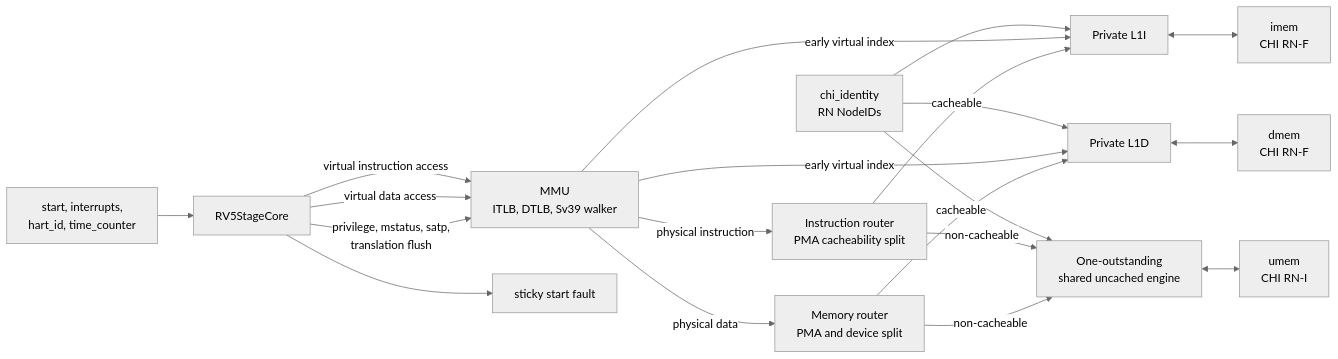
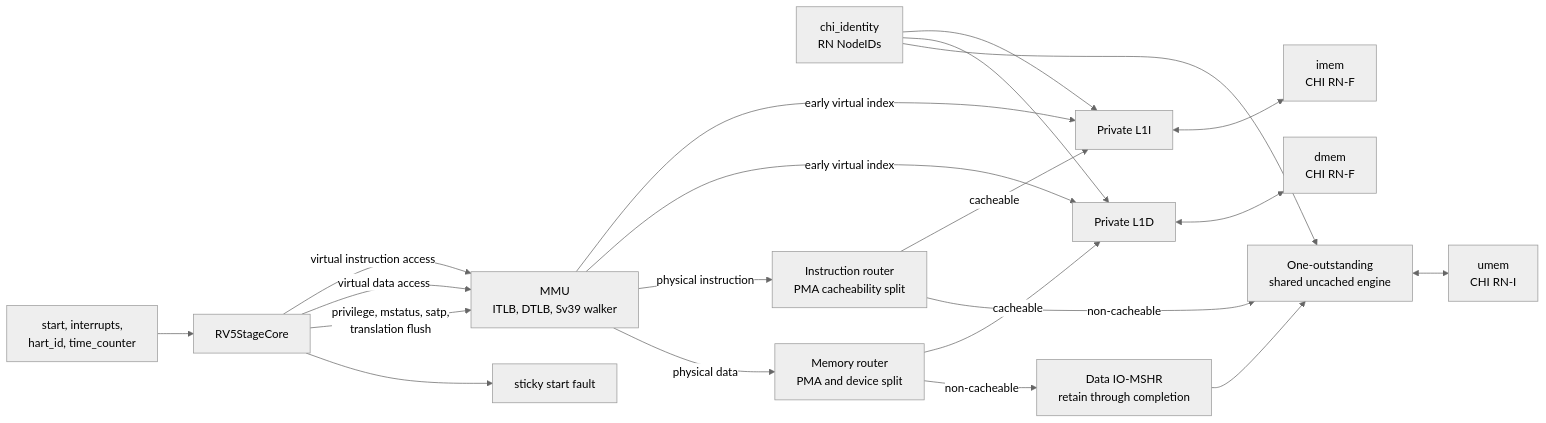
Before and after one commit to jerryz123/rhodium: the second of 2 diagrams in cores/rv5stage/README.md, drawn with Mermaid (neutral theme). The commit also changed other lines of this file and 14 other files, not shown here.

````diff
--- a/cores/rv5stage/README.md
+++ b/cores/rv5stage/README.md
@@ -265,26 +265,27 @@
 ```mermaid
 flowchart LR
     START["start, interrupts,<br/>hart_id, time_counter"] --> CORE["RV5StageCore"]
     IDENTITY["chi_identity<br/>RN NodeIDs"] --> L1I
     IDENTITY --> L1D
     IDENTITY --> UNCACHED
 
     CORE -->|"virtual instruction access"| MMU["MMU<br/>ITLB, DTLB, Sv39 walker"]
     CORE -->|"virtual data access"| MMU
     CORE -->|"privilege, mstatus, satp,<br/>translation flush"| MMU
     MMU -->|"early virtual index"| L1I
     MMU -->|"early virtual index"| L1D
 
     MMU -->|"physical instruction"| IROUTER["Instruction router<br/>PMA cacheability split"]
     IROUTER -->|"cacheable"| L1I["Private L1I"]
     IROUTER -->|"non-cacheable"| UNCACHED["One-outstanding<br/>shared uncached engine"]
     MMU -->|"physical data"| ROUTER["Memory router<br/>PMA and device split"]
     ROUTER -->|"cacheable"| L1D["Private L1D"]
-    ROUTER -->|"non-cacheable"| UNCACHED
+    ROUTER -->|"non-cacheable"| IOMSHR["Data IO-MSHR<br/>retain through completion"]
+    IOMSHR --> UNCACHED
 
     L1I <--> IMEM["imem<br/>CHI RN-F"]
     L1D <--> DMEM["dmem<br/>CHI RN-F"]
     UNCACHED <--> UMEM["umem<br/>CHI RN-I"]
 
     CORE --> FAULT["sticky start fault"]
 ```
````
